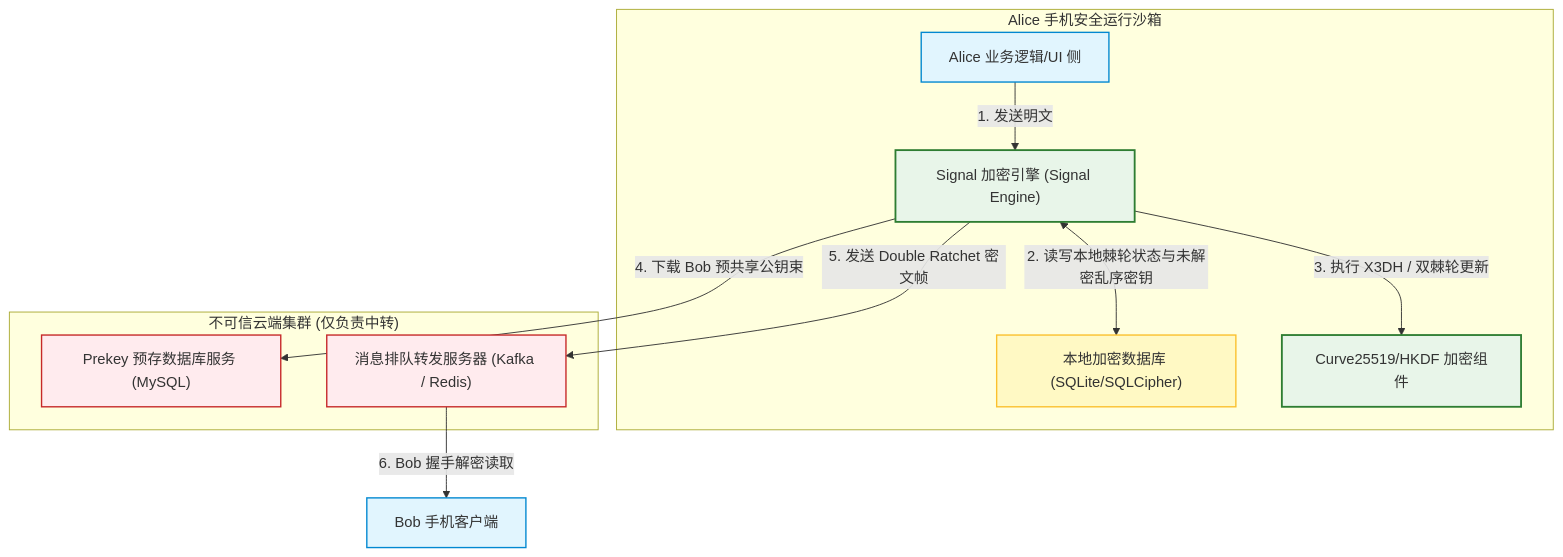
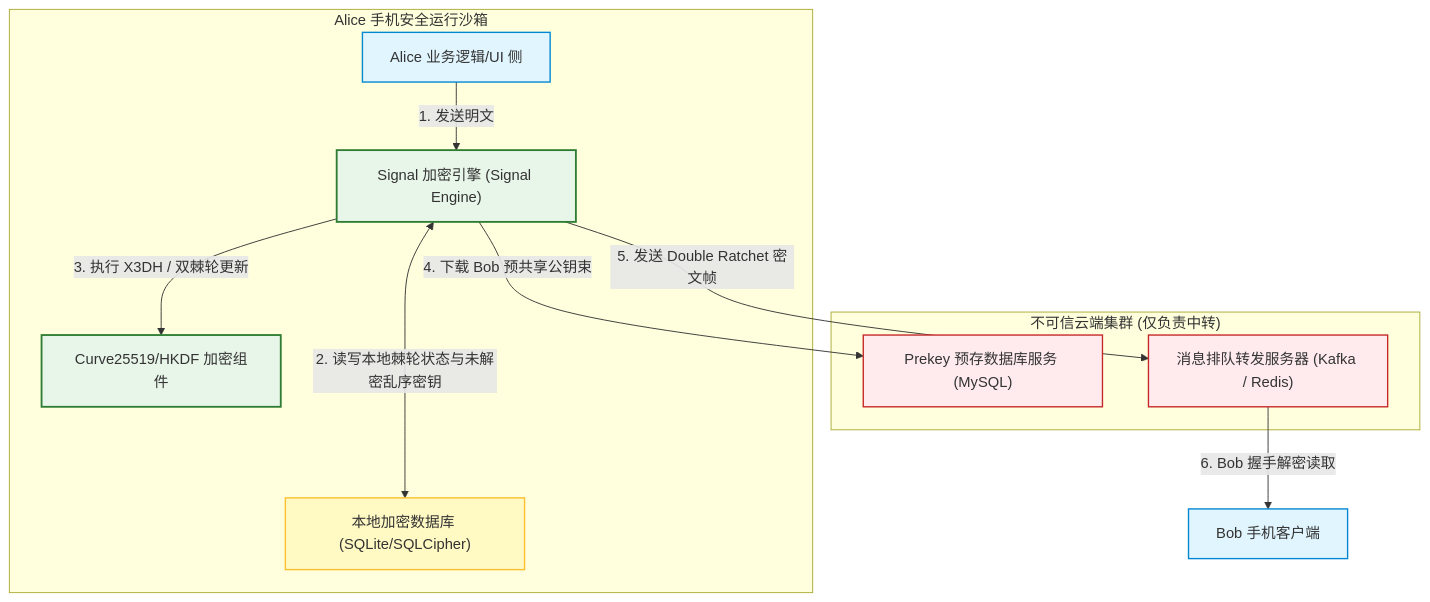
Before and after one commit to koosai/AI-Architect-Learning: the third of 8 diagrams in docs/atlas/signal.mdx, drawn with Mermaid. The commit also changed 68 other files, not shown here.

Commit message:
fix(atlas): fix browser client-side Mermaid rendering for mindmaps and flowcharts across 67 case studies

````diff
--- a/docs/atlas/signal.mdx
+++ b/docs/atlas/signal.mdx
@@ -163,25 +163,25 @@
 ```mermaid
 graph TB
   classDef engine fill:#e8f5e9,stroke:#2e7d32,stroke-width:2px;
   classDef localDb fill:#fff9c4,stroke:#fbc02d,stroke-width:1.5px;
   classDef client fill:#e1f5fe,stroke:#0288d1,stroke-width:1.5px;
   classDef server fill:#ffebee,stroke:#c62828,stroke-width:1.5px;
 
   subgraph MobileClientContainer ["Alice 手机安全运行沙箱"]
     AliceAppLogic["Alice 业务逻辑/UI 侧"]:::client -->|1. 发送明文| EncEngine["Signal 加密引擎 (Signal Engine)"]:::engine
     
-    EncEngine <-->|2. 读写本地棘轮状态与未解密乱序密钥| LocalSQLite["本地加密数据库 (SQLite/SQLCipher)"]:::localDb
+    EncEngine <--->|2. 读写本地棘轮状态与未解密乱序密钥| LocalSQLite["本地加密数据库 (SQLite/SQLCipher)"]:::localDb
     
     EncEngine -->|3. 执行 X3DH / 双棘轮更新| DH_Crypto["Curve25519/HKDF 加密组件"]:::engine
   end
 
   subgraph CentralUntrustedServers ["不可信云端集群 (仅负责中转)"]
     PrekeyServer["Prekey 预存数据库服务 (MySQL)"]:::server
     MessageQueueServer["消息排队转发服务器 (Kafka / Redis)"]:::server
   end
 
   EncEngine -->|4. 下载 Bob 预共享公钥束| PrekeyServer
   EncEngine -->|5. 发送 Double Ratchet 密文帧| MessageQueueServer
   
   MessageQueueServer -->|6. Bob 握手解密读取| BobMobile["Bob 手机客户端"]:::client
 ```
````
